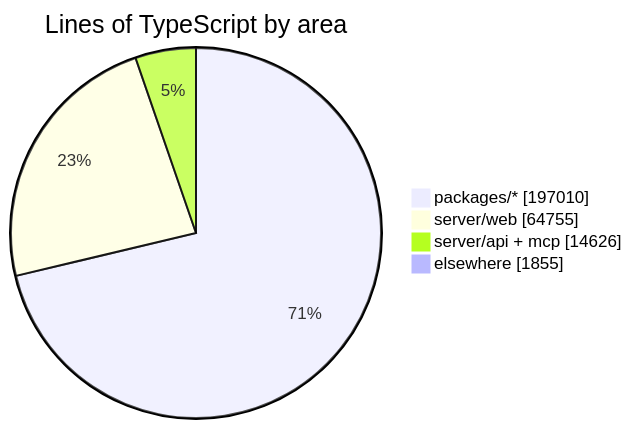
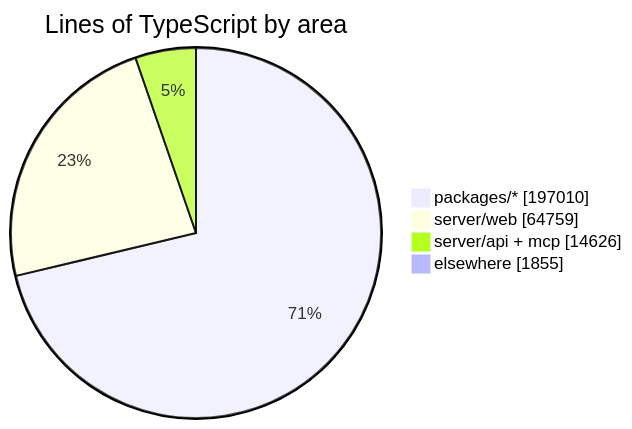
Before and after one commit to crossworks-engineering/mantle: the diagram in README.md, drawn with Mermaid. The commit also changed other lines of this file and 2 other files, not shown here.

````diff
--- a/README.md
+++ b/README.md
@@ -287,7 +287,7 @@
 ```mermaid
 pie showData title Lines of TypeScript by area
     "packages/*" : 197010
-    "server/web" : 64755
+    "server/web" : 64759
     "server/api + mcp" : 14626
     "elsewhere" : 1855
 ```
````
